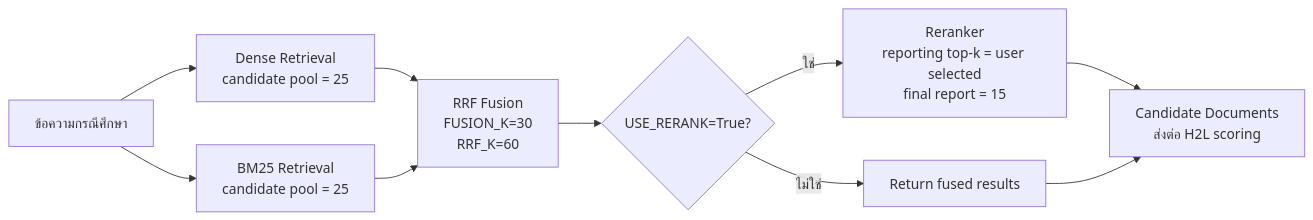
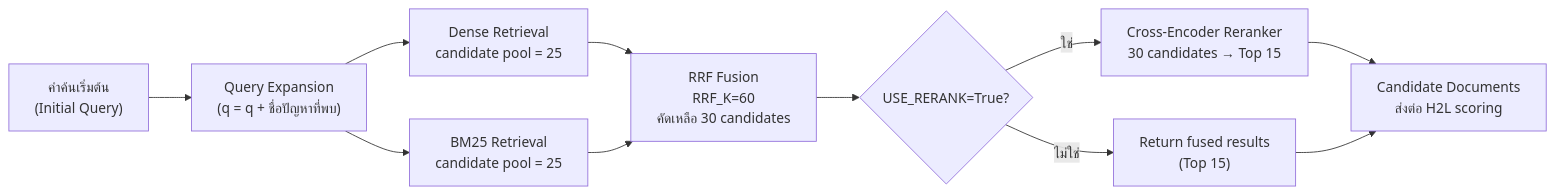
The seventh of 9 diagrams in md_report/thesis_full_ch3_methodology.md (Mickeychay/thesis_one-), drawn with Mermaid before and after one commit. The commit also changed other lines of this file and 55 other files, not shown here.

Commit message:
docs & eval: Update thesis chapters, full master report, ablation results (RQ6) and H2L evaluation artifacts

````diff
--- a/md_report/thesis_full_ch3_methodology.md
+++ b/md_report/thesis_full_ch3_methodology.md
@@ -552,12 +554,13 @@
 ```mermaid
 flowchart LR
-    A["ข้อความกรณีศึกษา"] --> B["Dense Retrieval<br/>candidate pool = 25"]
-    A --> C["BM25 Retrieval<br/>candidate pool = 25"]
-    B --> D["RRF Fusion<br/>FUSION_K=30<br/>RRF_K=60"]
+    A["คำค้นเริ่มต้น<br/>(Initial Query)"] --> QE["Query Expansion<br/>(q = q + ชื่อปัญหาที่พบ)"]
+    QE --> B["Dense Retrieval<br/>candidate pool = 25"]
+    QE --> C["BM25 Retrieval<br/>candidate pool = 25"]
+    B --> D["RRF Fusion<br/>RRF_K=60<br/>คัดเหลือ 30 candidates"]
     C --> D
     D --> E{"USE_RERANK=True?"}
-    E -->|ใช่| F["Reranker<br/>reporting top-k = user selected<br/>final report = 15"]
-    E -->|ไม่ใช่| G["Return fused results"]
+    E -->|ใช่| F["Cross-Encoder Reranker<br/>30 candidates → Top 15"]
+    E -->|ไม่ใช่| G["Return fused results<br/>(Top 15)"]
     F --> H["Candidate Documents<br/>ส่งต่อ H2L scoring"]
     G --> H
 ```
````
